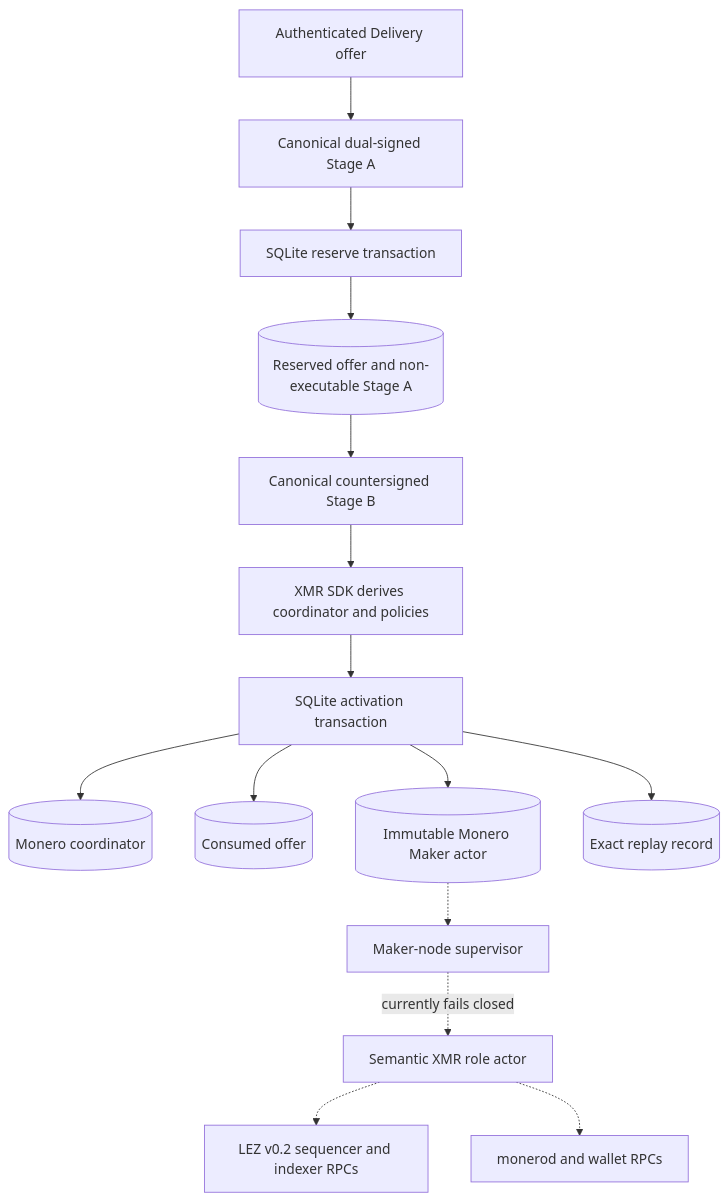
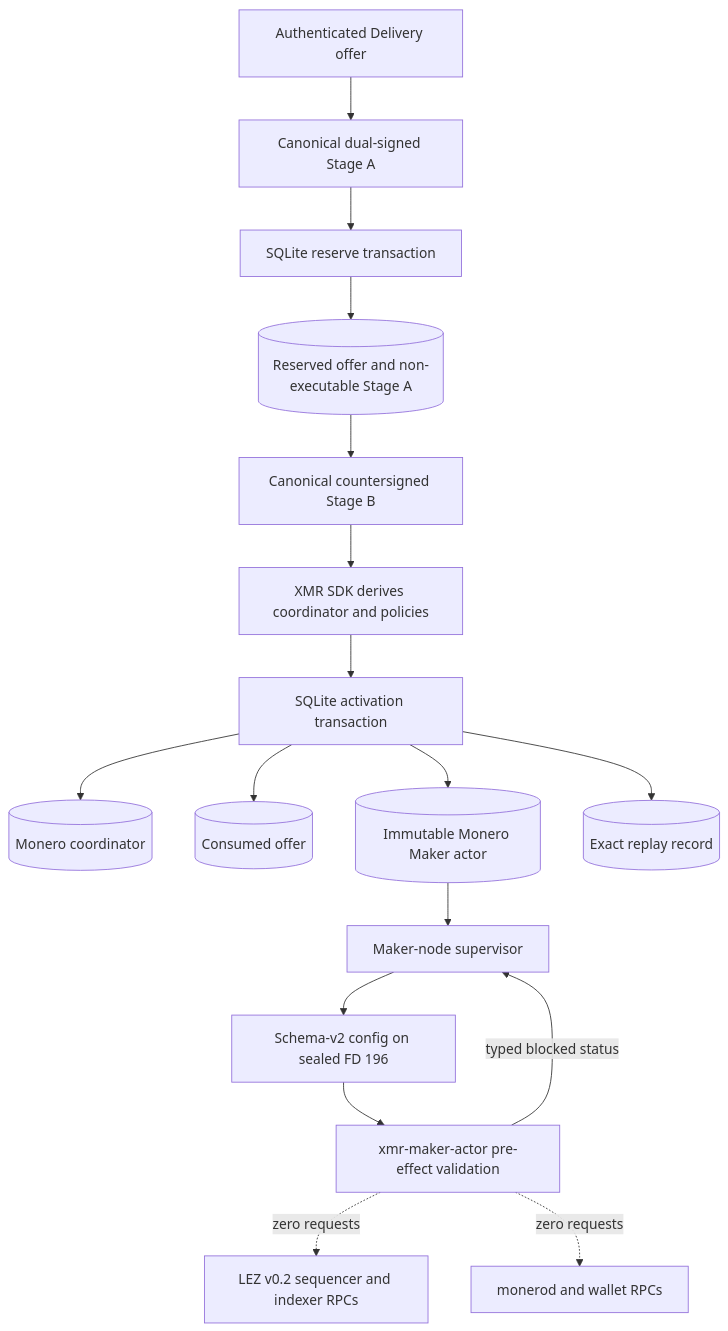
One commit to gateway-fm/lez-atomic-swaps changed diagram 20 of 30 in docs/architecture/system-architecture.md. Above: the diagram before and after it, drawn with Mermaid. The commit also changed other lines of this file and 19 other files, not shown here.

Commit message:
feat(m5): supervise sealed XMR authority

````diff
--- a/docs/architecture/system-architecture.md
+++ b/docs/architecture/system-architecture.md
@@ -2195,17 +2195,19 @@
 ```mermaid
 flowchart TB
     Delivery["Authenticated Delivery offer"] --> StageA["Canonical dual-signed Stage A"]
     StageA --> Reserve["SQLite reserve transaction"]
     Reserve --> Reserved[("Reserved offer and non-executable Stage A")]
     Reserved --> StageB["Canonical countersigned Stage B"]
     StageB --> Derive["XMR SDK derives coordinator and policies"]
     Derive --> Activate["SQLite activation transaction"]
     Activate --> Swap[("Monero coordinator")]
     Activate --> Consumed[("Consumed offer")]
     Activate --> Actor[("Immutable Monero Maker actor")]
     Activate --> Replay[("Exact replay record")]
-    Actor -.-> Supervisor["Maker-node supervisor"]
-    Supervisor -.->|"currently fails closed"| RoleActor["Semantic XMR role actor"]
-    RoleActor -.-> LezRpc["LEZ v0.2 sequencer and indexer RPCs"]
-    RoleActor -.-> MoneroRpc["monerod and wallet RPCs"]
+    Actor --> Supervisor["Maker-node supervisor"]
+    Supervisor --> SealedConfig["Schema-v2 config on sealed FD 196"]
+    SealedConfig --> RoleActor["xmr-maker-actor pre-effect validation"]
+    RoleActor -->|"typed blocked status"| Supervisor
+    RoleActor -.->|"zero requests"| LezRpc["LEZ v0.2 sequencer and indexer RPCs"]
+    RoleActor -.->|"zero requests"| MoneroRpc["monerod and wallet RPCs"]
 ```
````
